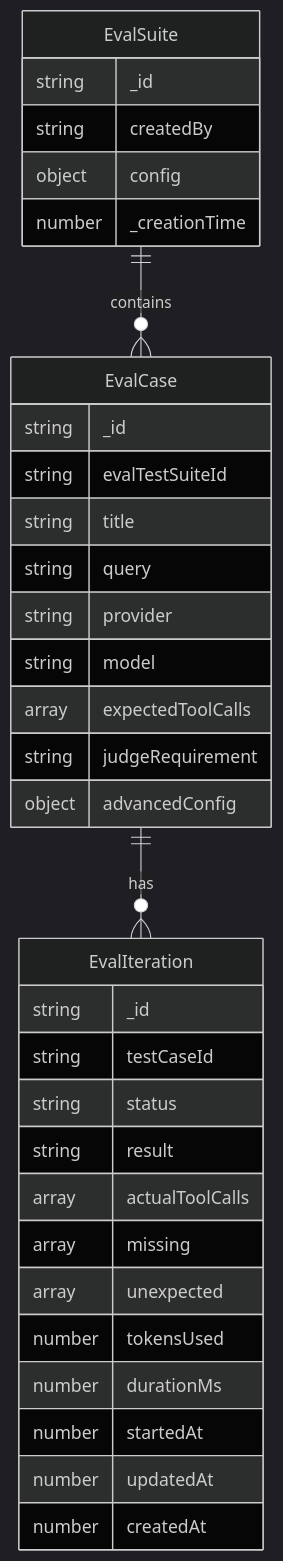
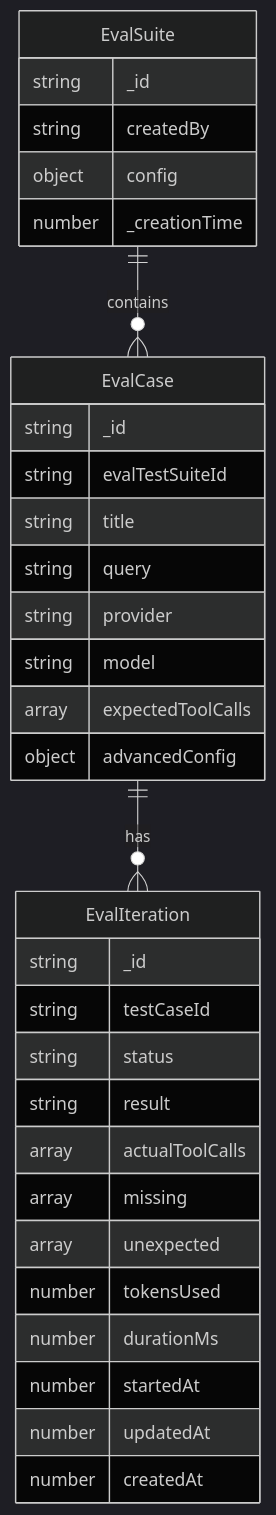
One commit to and1can/inspector changed the ninth of 11 diagrams in docs/contributing/evals-architecture.mdx. Above: the diagram before and after it, drawn with Mermaid (dark theme). The commit also changed other lines of this file and 52 other files, not shown here.

````diff
--- a/docs/contributing/evals-architecture.mdx
+++ b/docs/contributing/evals-architecture.mdx
@@ -468,39 +467,38 @@
 ```mermaid
 erDiagram
     EvalSuite ||--o{ EvalCase : contains
     EvalCase ||--o{ EvalIteration : has
 
     EvalSuite {
         string _id
         string createdBy
         object config
         number _creationTime
     }
 
     EvalCase {
         string _id
         string evalTestSuiteId
         string title
         string query
         string provider
         string model
         array expectedToolCalls
-        string judgeRequirement
         object advancedConfig
     }
 
     EvalIteration {
         string _id
         string testCaseId
         string status
         string result
         array actualToolCalls
         array missing
         array unexpected
         number tokensUsed
         number durationMs
         number startedAt
         number updatedAt
         number createdAt
     }
 ```
````
